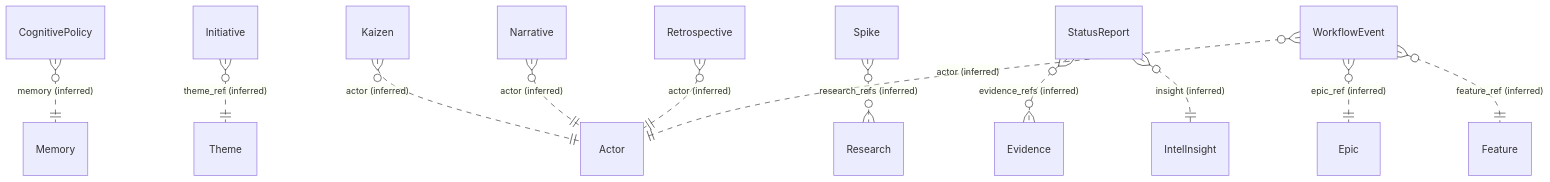
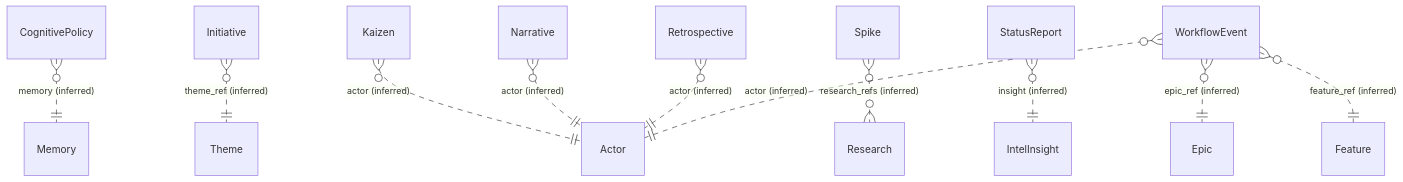
The ninth of 11 diagrams in docs/reference/data-model.md (ruinosus/dna), drawn with Mermaid before and after one commit. The commit also changed other lines of this file and 21 other files, not shown here.

````diff
--- a/docs/reference/data-model.md
+++ b/docs/reference/data-model.md
@@ -324,30 +328,28 @@
 ```mermaid
 erDiagram
     Actor
     CognitivePolicy
     Epic
-    Evidence
     Feature
     Initiative
     IntelInsight
     Kaizen
     Memory
     Narrative
     Research
     Retrospective
     Spike
     StatusReport
     Theme
     WorkflowEvent
     CognitivePolicy }o..|| Memory : "memory (inferred)"
     Initiative }o..|| Theme : "theme_ref (inferred)"
     Kaizen }o..|| Actor : "actor (inferred)"
     Narrative }o..|| Actor : "actor (inferred)"
     Retrospective }o..|| Actor : "actor (inferred)"
     Spike }o..}o Research : "research_refs (inferred)"
-    StatusReport }o..}o Evidence : "evidence_refs (inferred)"
     StatusReport }o..|| IntelInsight : "insight (inferred)"
     WorkflowEvent }o..|| Actor : "actor (inferred)"
     WorkflowEvent }o..|| Epic : "epic_ref (inferred)"
     WorkflowEvent }o..|| Feature : "feature_ref (inferred)"
 ```
````
